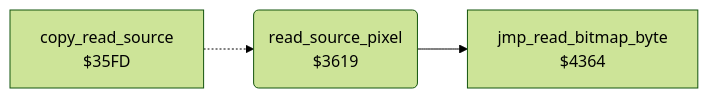
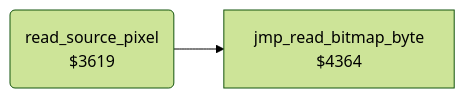
The diagram in koala_painter/v2/docs/reference/modules/tools/copy_3619.md (henols/c64_games), drawn with Mermaid (forest theme) before and after one commit. The commit also changed other lines of this file and 1100 other files, not shown here.

````diff
--- a/koala_painter/v2/docs/reference/modules/tools/copy_3619.md
+++ b/koala_painter/v2/docs/reference/modules/tools/copy_3619.md
@@ -10,8 +16,6 @@
 ```mermaid
 flowchart LR
-  n35fd["copy_read_source<br/>$35FD"]
   n3619("read_source_pixel<br/>$3619")
   n4364["jmp_read_bitmap_byte<br/>$4364"]
-  n35fd -.-> n3619
   n3619 --> n4364
 ```
````
